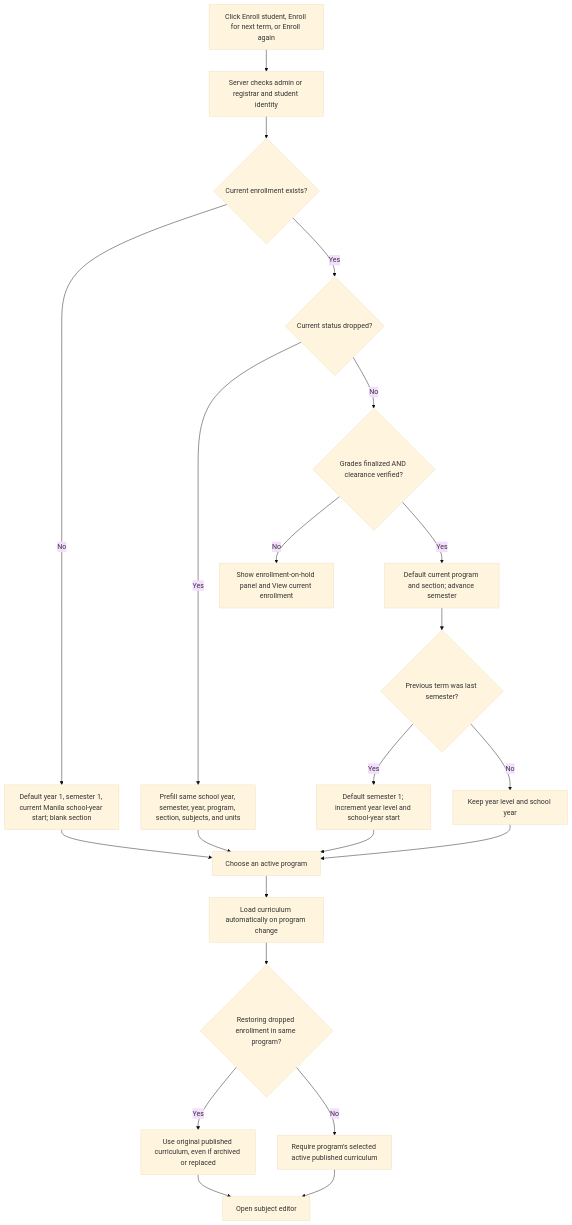
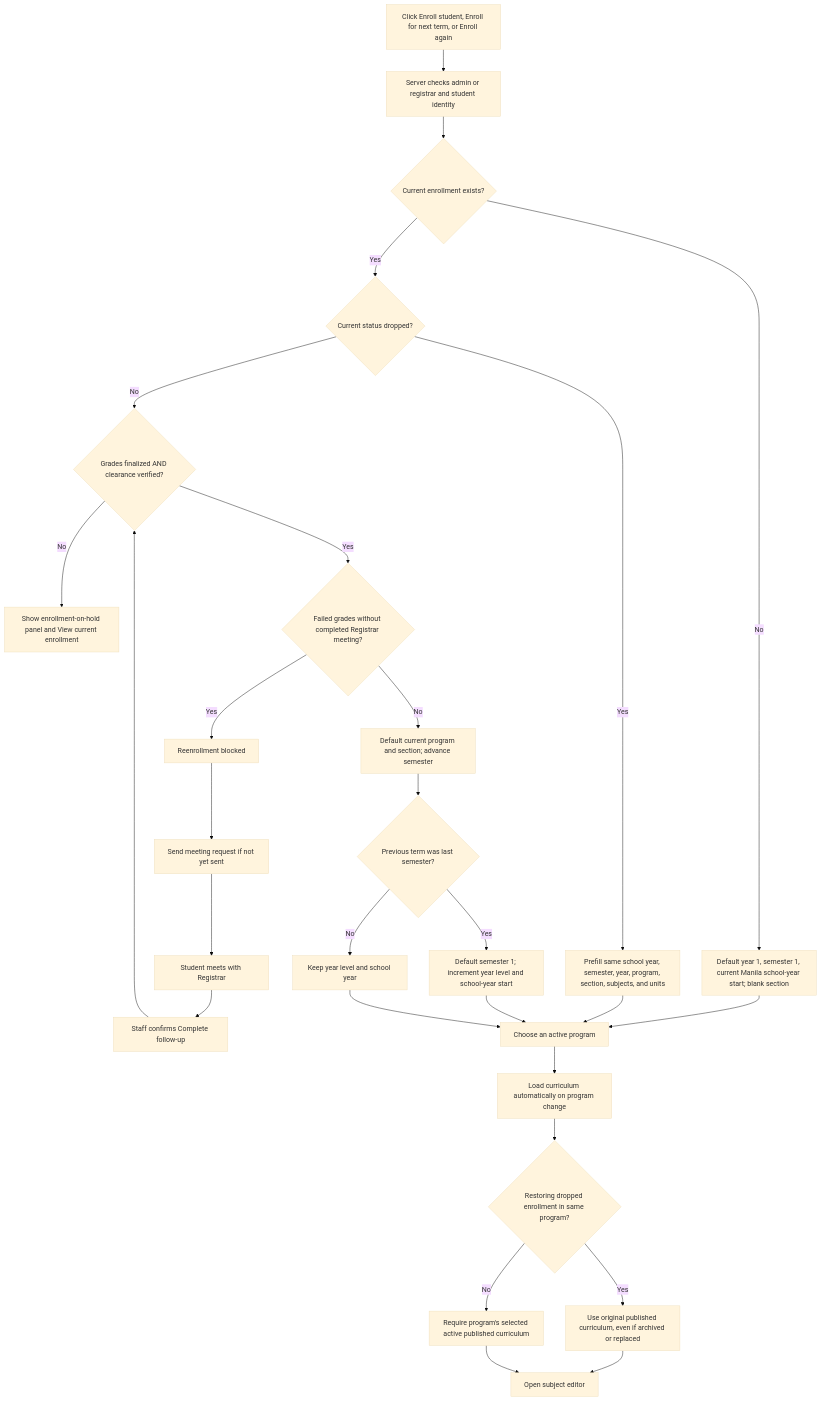
The fourth of 16 diagrams in docs/system-flows.md (AetherKnowledge/enrollment-system), drawn with Mermaid (base theme) before and after one commit. The commit also changed other lines of this file and 10 other files, not shown here.

Commit message:
fix(enrollment): require meetings for failed grades

````diff
--- a/docs/system-flows.md
+++ b/docs/system-flows.md
@@ -147,24 +154,30 @@
 ```mermaid
 flowchart TD
     Click[Click Enroll student, Enroll for next term, or Enroll again] --> Access[Server checks admin or registrar and student identity]
     Access --> Current{Current enrollment exists?}
     Current -->|No| First[Default year 1, semester 1, current Manila school-year start; blank section]
     Current -->|Yes| Dropped{Current status dropped?}
     Dropped -->|Yes| Restore[Prefill same school year, semester, year, program, section, subjects, and units]
     Dropped -->|No| Ready{Grades finalized AND clearance verified?}
     Ready -->|No| Block[Show enrollment-on-hold panel and View current enrollment]
-    Ready -->|Yes| Advance[Default current program and section; advance semester]
+    Ready -->|Yes| Meeting{Failed grades without completed Registrar meeting?}
+    Meeting -->|Yes| MeetingBlock[Reenrollment blocked]
+    MeetingBlock --> Request[Send meeting request if not yet sent]
+    Request --> Conduct[Student meets with Registrar]
+    Conduct --> Finish[Staff confirms Complete follow-up]
+    Finish --> Ready
+    Meeting -->|No| Advance[Default current program and section; advance semester]
     Advance --> Last{Previous term was last semester?}
     Last -->|Yes| NewYear[Default semester 1; increment year level and school-year start]
     Last -->|No| SameYear[Keep year level and school year]
     First --> Program[Choose an active program]
     Restore --> Program
     NewYear --> Program
     SameYear --> Program
     Program --> Load[Load curriculum automatically on program change]
     Load --> Normal{Restoring dropped enrollment in same program?}
     Normal -->|Yes| Original[Use original published curriculum, even if archived or replaced]
     Normal -->|No| Active[Require program's selected active published curriculum]
     Original --> Editor[Open subject editor]
     Active --> Editor
 ```
````
